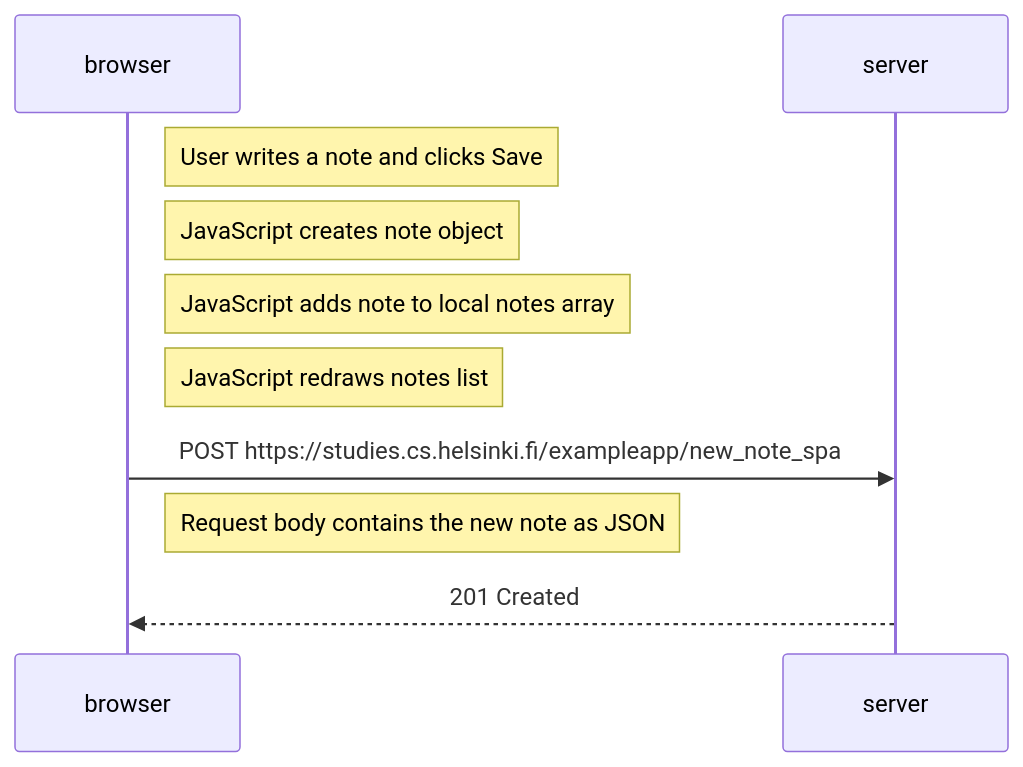
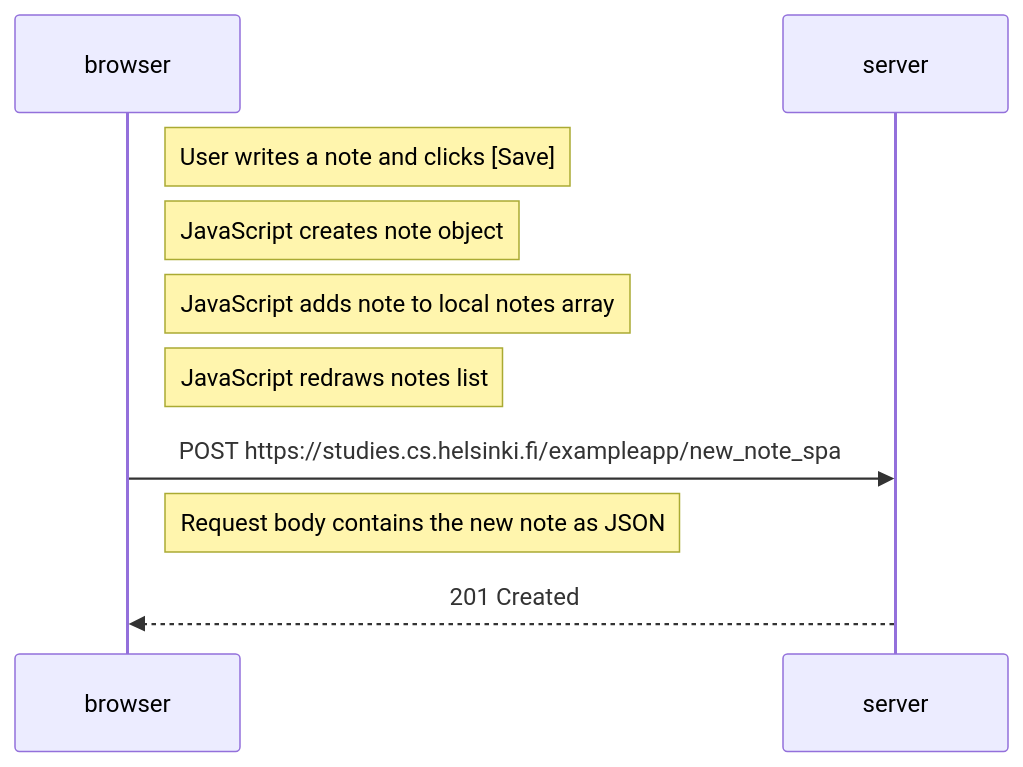
The diagram in part0/006.md (drjam2005/FullStackOpen-study), drawn with Mermaid before and after one commit.

Commit message:
chore: Forgot to add 006

````diff
--- a/part0/006.md
+++ b/part0/006.md
@@ -4,18 +4,18 @@
 ```mermaid
 sequenceDiagram
     participant browser
     participant server
 
-    Note right of browser: User writes a note and clicks Save
+    Note right of browser: User writes a note and clicks [Save]
 
     Note right of browser: JavaScript creates note object
 
     Note right of browser: JavaScript adds note to local notes array
 
     Note right of browser: JavaScript redraws notes list
 
     browser->>server: POST https://studies.cs.helsinki.fi/exampleapp/new_note_spa
     Note right of browser: Request body contains the new note as JSON
 
     server-->>browser: 201 Created
 ```
````
